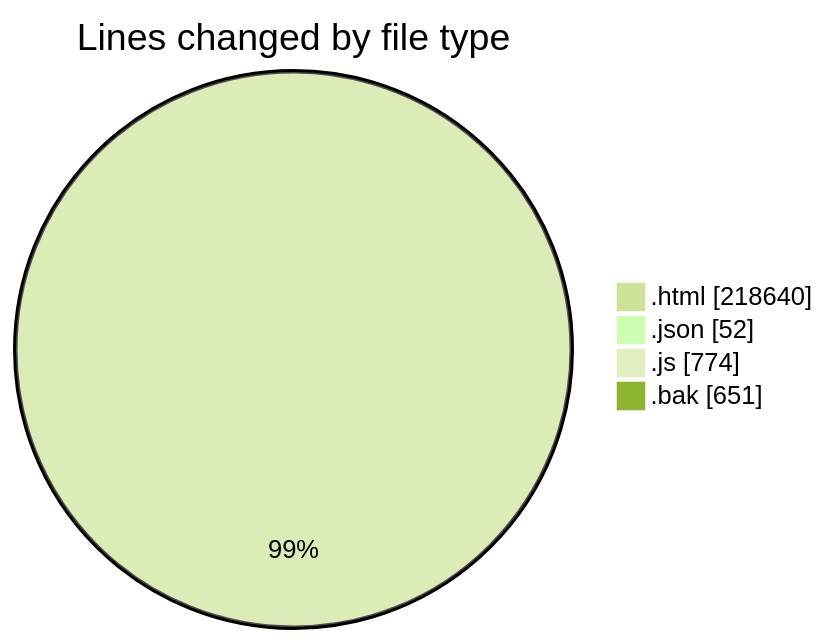
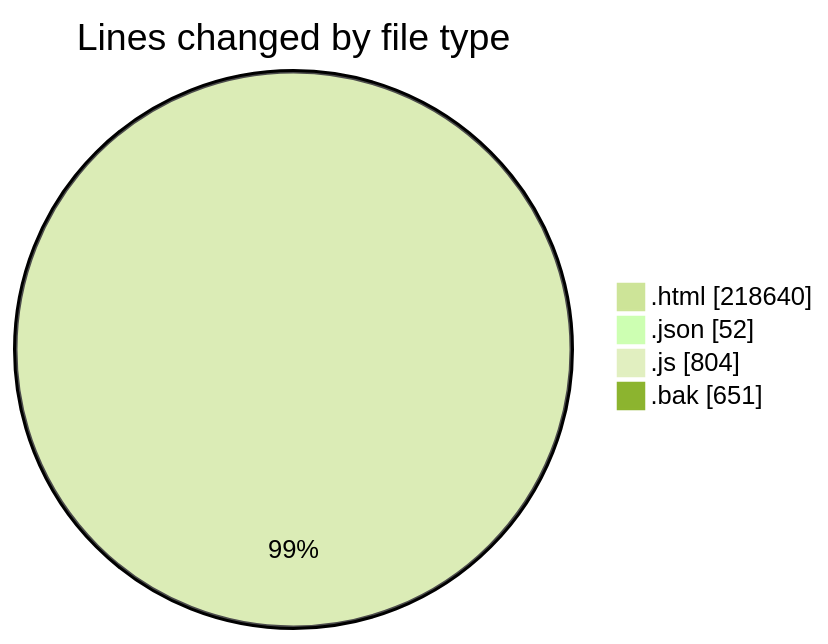
One commit to vahidmafi/code-tracking changed the first of 2 diagrams in 2025-09-16/www/README.md. Above: the diagram before and after it, drawn with Mermaid (forest theme). The commit also changed other lines of this file and 1 other file, not shown here.

````diff
--- a/2025-09-16/www/README.md
+++ b/2025-09-16/www/README.md
@@ -319,8 +319,8 @@
 ```mermaid
 pie showData
 title Lines changed by file type
 ".html" : 218640
 ".json" : 52
-".js" : 774
+".js" : 804
 ".bak" : 651
 ```
````
